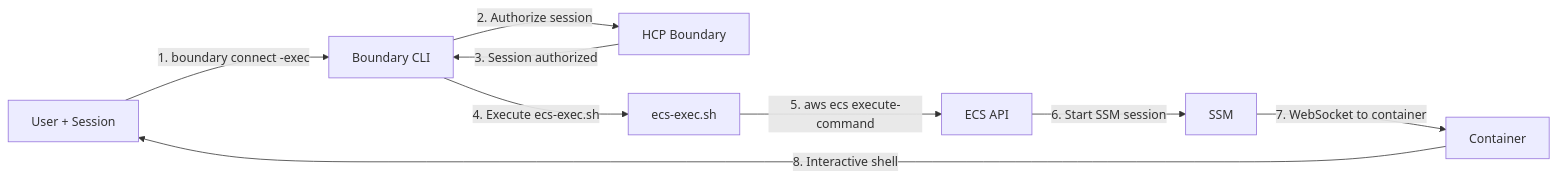
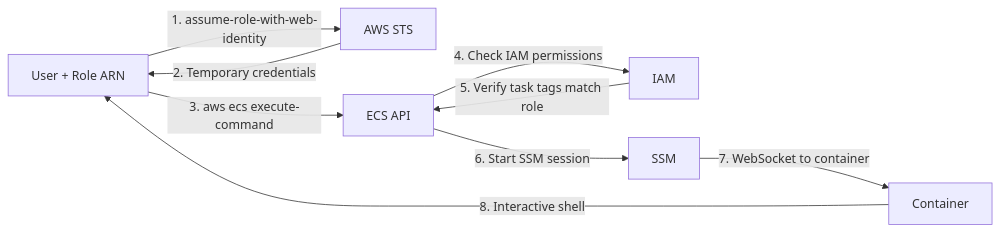
Before and after one commit to openshift-online/rosa-boundary: the fourth of 6 diagrams in docs/architecture/overview.md, drawn with Mermaid. The commit also changed other lines of this file and 10 other files, not shown here.

First line of the commit message:
Remove HCP Boundary product references

````diff
--- a/docs/architecture/overview.md
+++ b/docs/architecture/overview.md
@@ -162,11 +152,11 @@
 ```mermaid
 flowchart LR
-    U[User + Session] -->|1. boundary connect -exec| BC[Boundary CLI]
-    BC -->|2. Authorize session| HCP[HCP Boundary]
-    HCP -->|3. Session authorized| BC
-    BC -->|4. Execute ecs-exec.sh| Script[ecs-exec.sh]
-    Script -->|5. aws ecs execute-command| ECS[ECS API]
+    U[User + Role ARN] -->|1. assume-role-with-web-identity| STS[AWS STS]
+    STS -->|2. Temporary credentials| U
+    U -->|3. aws ecs execute-command| ECS[ECS API]
+    ECS -->|4. Check IAM permissions| IAM[IAM]
+    IAM -->|5. Verify task tags match role| ECS
     ECS -->|6. Start SSM session| SSM[SSM]
     SSM -->|7. WebSocket to container| Fargate[Container]
     Fargate -->|8. Interactive shell| U
 ```
````
